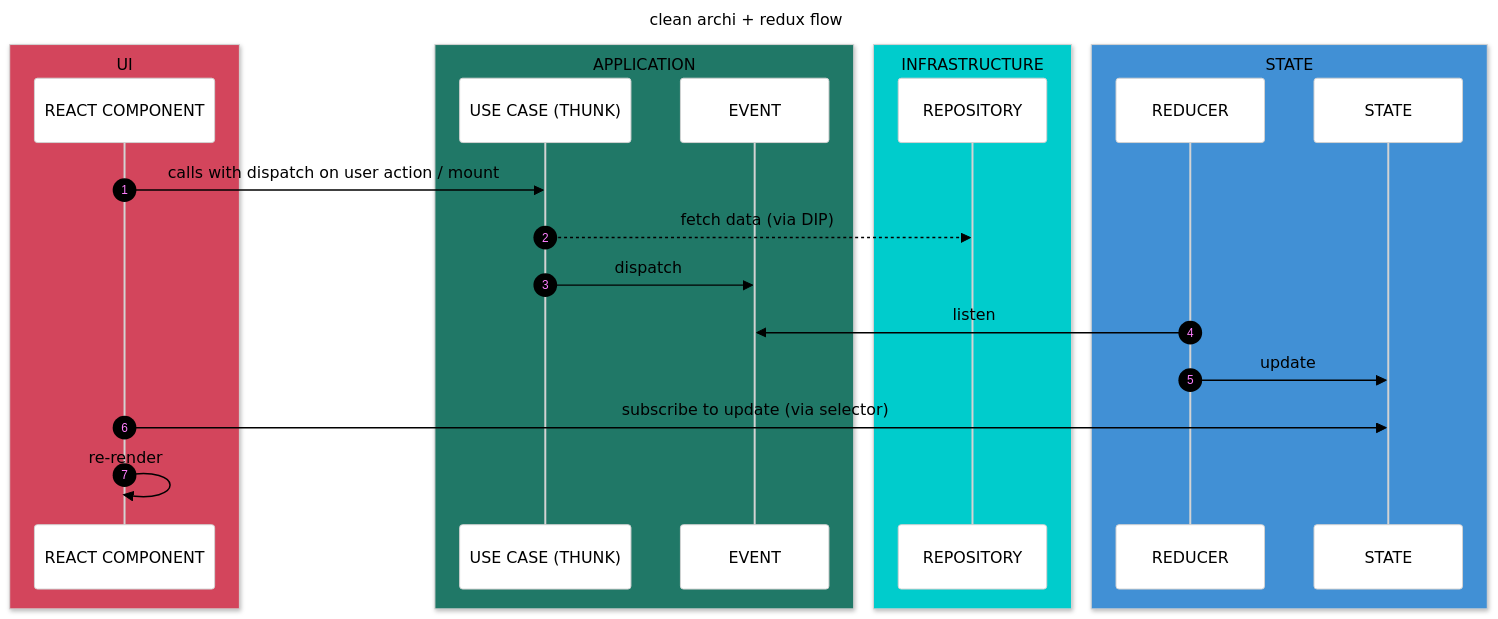
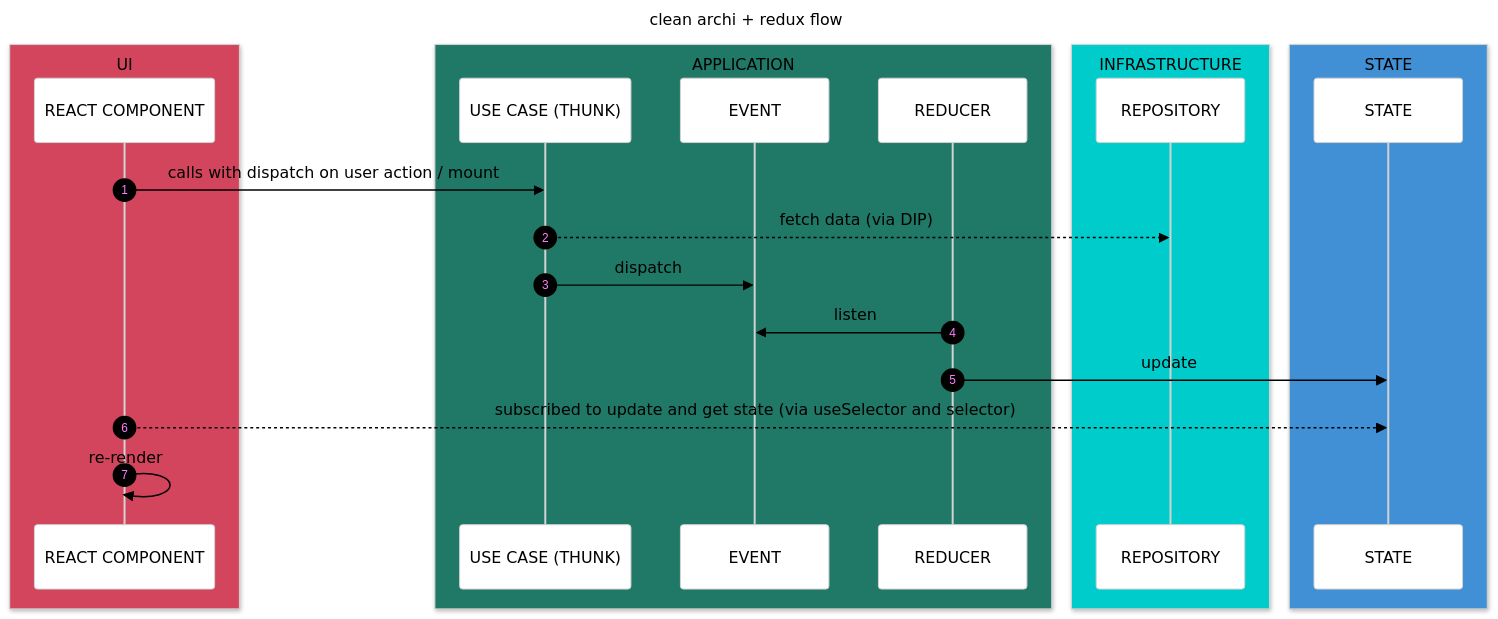
One commit to davidroberto/react-redux-clean-architecture-tdd-eda-vertical-slices changed the first of 3 diagrams in README.md. Above: the diagram before and after it, drawn with Mermaid. The commit also changed other lines of this file, not shown here.

Commit message:
doc: format readme and add clean architecture in frontend info

````diff
--- a/README.md
+++ b/README.md
@@ -94,52 +126,53 @@
 ```mermaid
 ---
 title: clean archi + redux flow
 ---
 
 sequenceDiagram
     autonumber
 
     box rgb(211,69,92) UI
         participant REACT COMPONENT
     end
     
     box rgb(32,120,103) APPLICATION
         participant USE CASE (THUNK)
         participant EVENT
+        participant REDUCER
     end
 
     box rgb(0,204,204) INFRASTRUCTURE
         participant REPOSITORY
     end
 
     box rgb(65,144,213) STATE
-        participant REDUCER
         participant STATE
     end
  
     REACT COMPONENT->>USE CASE (THUNK): calls with dispatch on user action / mount
 
     USE CASE (THUNK)-->>REPOSITORY: fetch data (via DIP)
 
     USE CASE (THUNK)->>EVENT: dispatch
     REDUCER->>EVENT: listen
     REDUCER->>STATE: update
-    REACT COMPONENT->>STATE: subscribe to update (via selector)
+    REACT COMPONENT-->>STATE: subscribed to update and get state (via useSelector and selector)
+
     REACT COMPONENT->>REACT COMPONENT: re-render
 
 
 %%{
   init: {
     'theme': 'base',
     'themeVariables': {
         'background': 'white',
         'primaryColor': 'white',
         'primaryTextColor': 'black',
         'primaryBorderColor': 'lightgrey',
         'lineColor': 'green',
         'secondaryColor': 'green',
         'tertiaryColor': 'green'
     }
   }
 }%%
 ```
````
